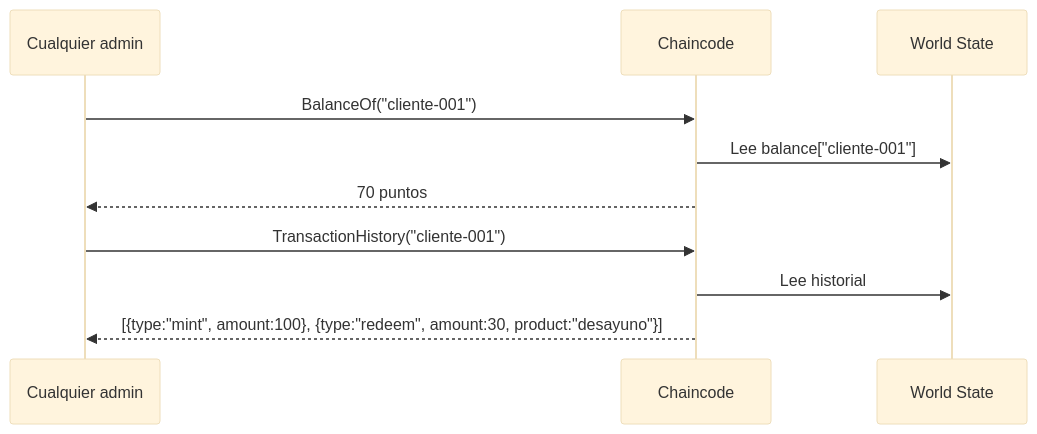
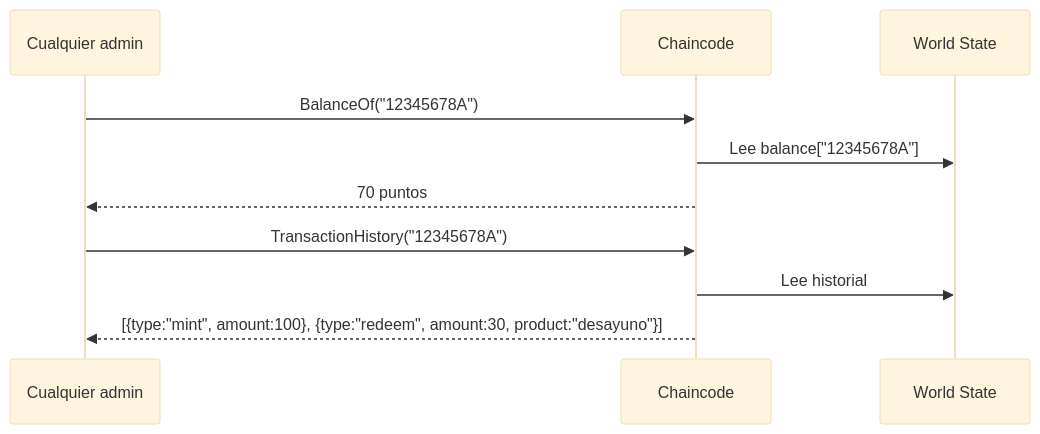
One commit to jjnieto/fabric changed the fourth of 5 diagrams in docs/modulo-6/01-diseno-funcional.md. Above: the diagram before and after it, drawn with Mermaid (base theme). The commit also changed other lines of this file and 4 other files, not shown here.

````diff
--- a/docs/modulo-6/01-diseno-funcional.md
+++ b/docs/modulo-6/01-diseno-funcional.md
@@ -109,14 +109,14 @@
 ```mermaid
 sequenceDiagram
     participant U as Cualquier admin
     participant CC as Chaincode
     participant WS as World State
 
-    U->>CC: BalanceOf("cliente-001")
-    CC->>WS: Lee balance["cliente-001"]
+    U->>CC: BalanceOf("12345678A")
+    CC->>WS: Lee balance["12345678A"]
     CC-->>U: 70 puntos
 
-    U->>CC: TransactionHistory("cliente-001")
+    U->>CC: TransactionHistory("12345678A")
     CC->>WS: Lee historial
     CC-->>U: [{type:"mint", amount:100}, {type:"redeem", amount:30, product:"desayuno"}]
 ```
````
